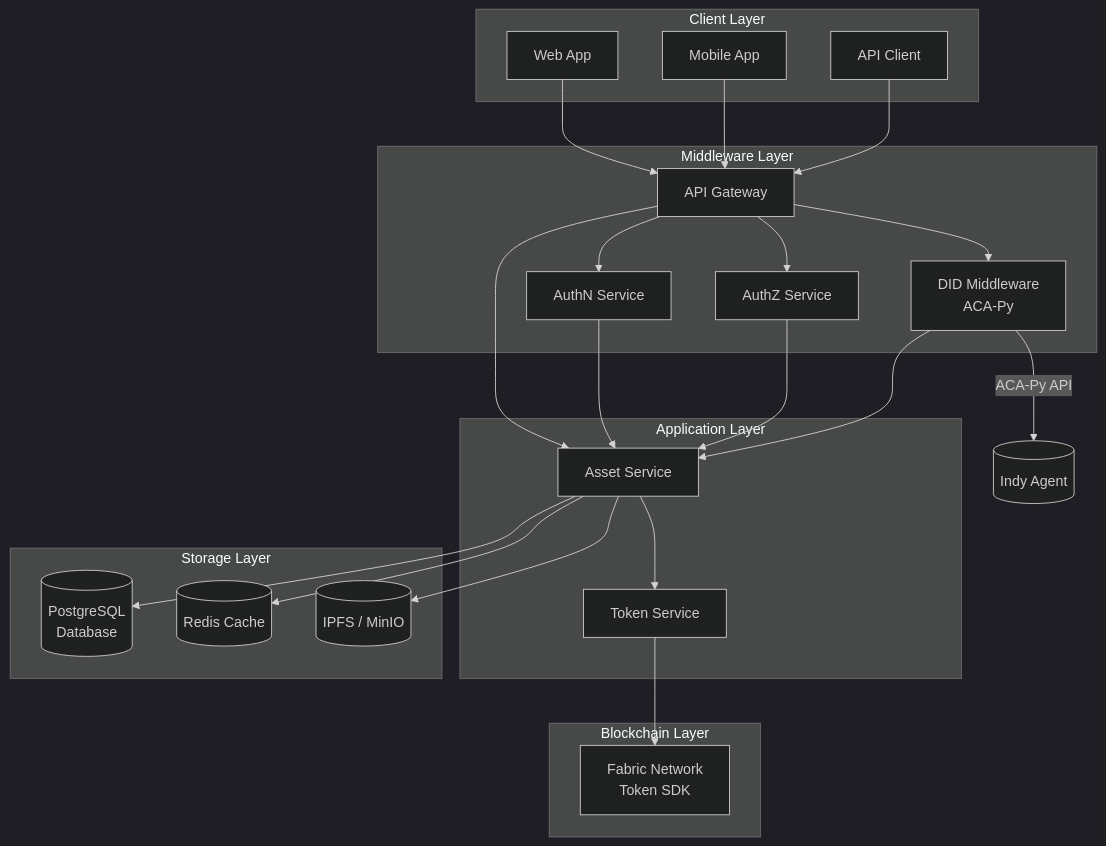
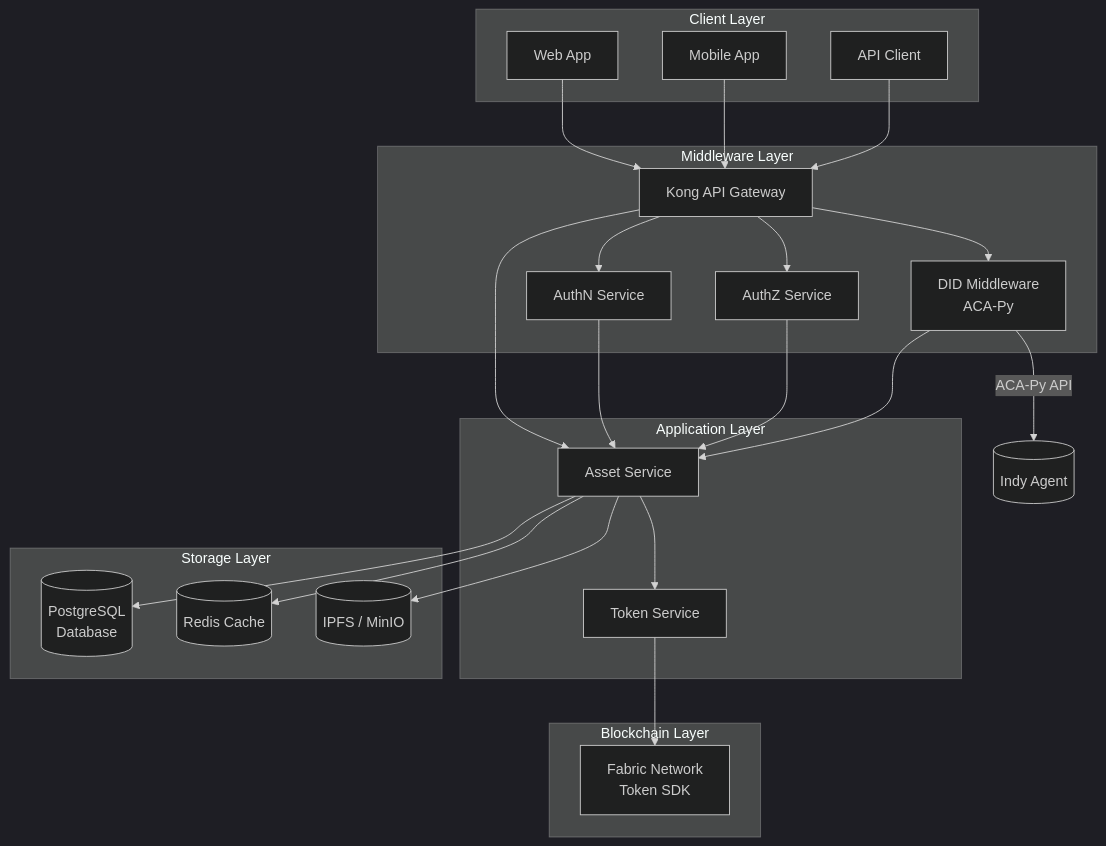
Before and after one commit to metafi-blockchain/metafi-digital-assets-service: the diagram in docs/technical-design.vi.md, drawn with Mermaid (dark theme).

````diff
--- a/docs/technical-design.vi.md
+++ b/docs/technical-design.vi.md
@@ -7,65 +7,65 @@
 ```mermaid
 graph TD
     %% Client Layer
     subgraph "Client Layer"
         Web[Web App]
         Mobile[Mobile App]
         API[API Client]
     end
 
     %% Middleware Layer
     subgraph "Middleware Layer"
-        Gateway[API Gateway]
+        Gateway[Kong API Gateway]
         AuthN[AuthN Service]
         AuthZ[AuthZ Service]
         DID[DID Middleware<br/>ACA-Py]
     end
 
     %% Application Layer
     subgraph "Application Layer"
         Asset[Asset Service]
         Token[Token Service]
     end
 
     %% Blockchain Layer
     subgraph "Blockchain Layer"
         Fabric[Fabric Network<br/>Token SDK]
     end
 
     %% Storage Layer
     subgraph "Storage Layer"
         DB[(PostgreSQL<br/>Database)]
         Cache[(Redis Cache)]
         Storage[(IPFS / MinIO)]
     end
 
     %% Flows from Clients
     Web --> Gateway
     Mobile --> Gateway
     API --> Gateway
 
     %% Gateway routing
     Gateway --> AuthN
     Gateway --> AuthZ
     Gateway --> Asset
     Gateway --> DID
 
     %% Auth middleware interaction
     AuthN --> Asset
     AuthZ --> Asset
     DID --> Asset
 
     %% AssetService integration
     Asset --> Token
 
     %% Token → Blockchain
     Token --> Fabric
 
     %% DID interaction with Indy (off-chain)
     DID -->|ACA-Py API| DIDAgent[(Indy Agent)]
 
     %% Asset data persistence
     Asset --> DB
     Asset --> Cache
     Asset --> Storage
 ```
````
